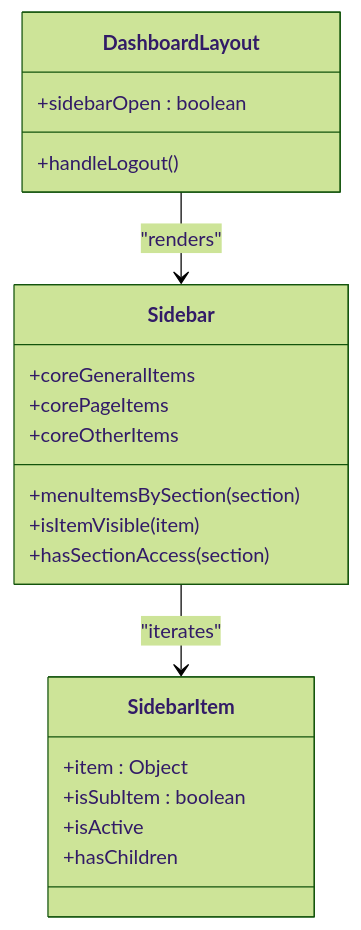
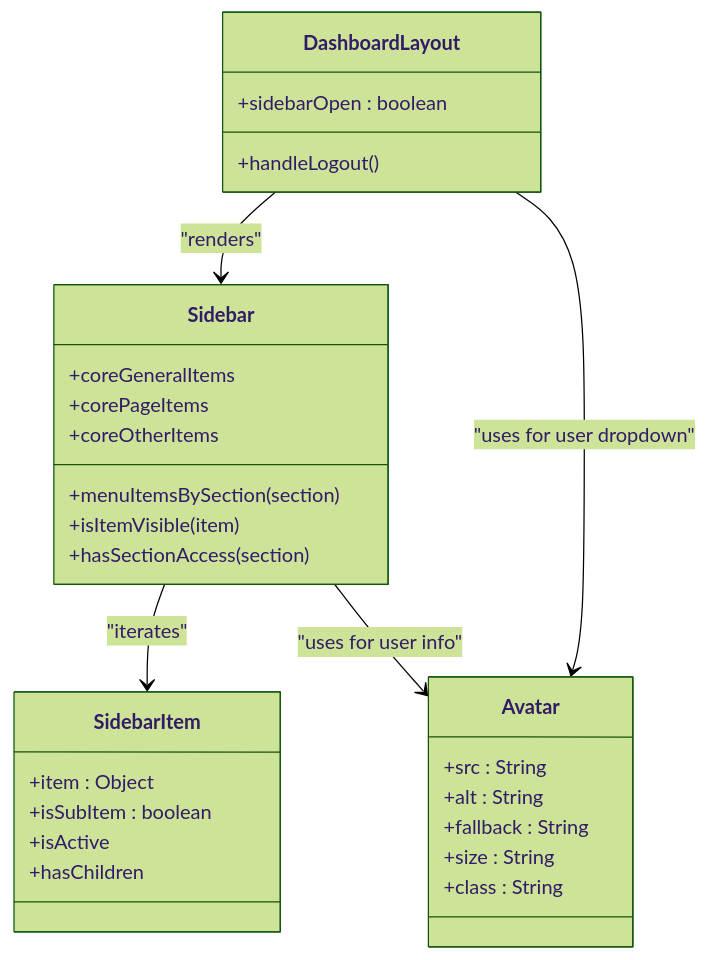
One commit to Nikita5543/New-SSO-02 changed the eighth of 15 diagrams in .qoder/repowiki/en/content/Frontend Architecture/Frontend Architecture.md. Above: the diagram before and after it, drawn with Mermaid (forest theme). The commit also changed other lines of this file and 4 other files, not shown here.

Commit message:
commit-repo-wiki-user-avatar

````diff
--- a/.qoder/repowiki/en/content/Frontend Architecture/Frontend Architecture.md
+++ b/.qoder/repowiki/en/content/Frontend Architecture/Frontend Architecture.md
@@ -435,23 +458,32 @@
 ```mermaid
 classDiagram
 class DashboardLayout {
 +sidebarOpen : boolean
 +handleLogout()
 }
 class Sidebar {
 +coreGeneralItems
 +corePageItems
 +coreOtherItems
 +menuItemsBySection(section)
 +isItemVisible(item)
 +hasSectionAccess(section)
 }
 class SidebarItem {
 +item : Object
 +isSubItem : boolean
 +isActive
 +hasChildren
 }
+class Avatar {
++src : String
++alt : String
++fallback : String
++size : String
++class : String
+}
 DashboardLayout --> Sidebar : "renders"
 Sidebar --> SidebarItem : "iterates"
+DashboardLayout --> Avatar : "uses for user dropdown"
+Sidebar --> Avatar : "uses for user info"
 ```
````
